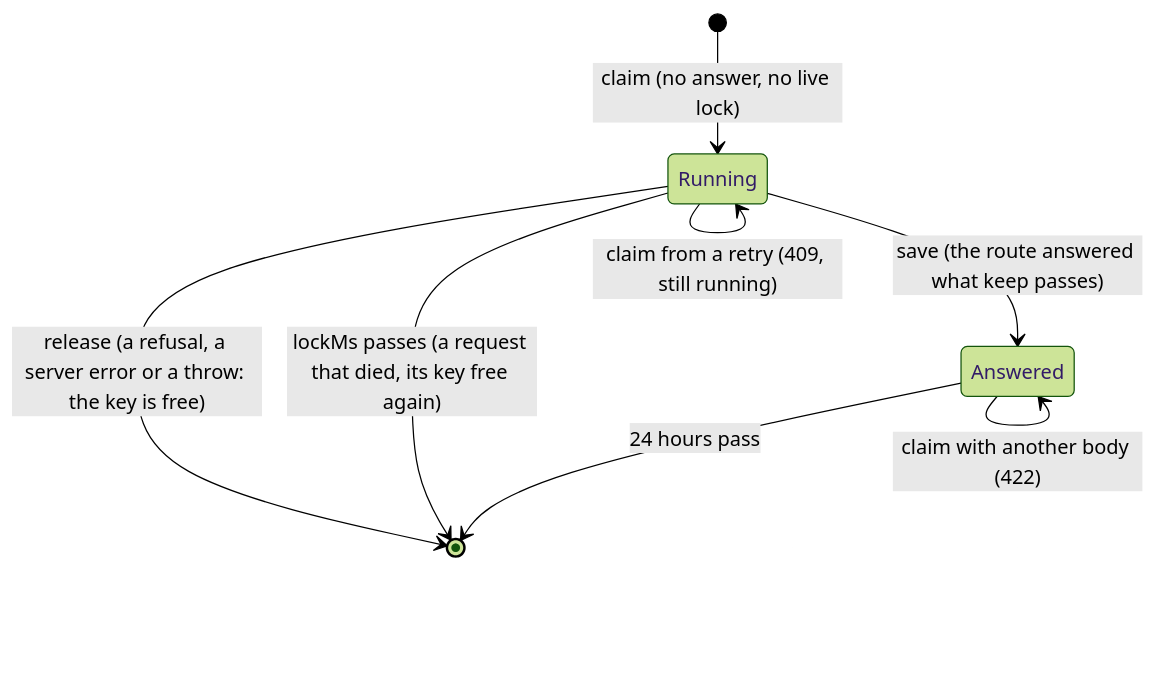
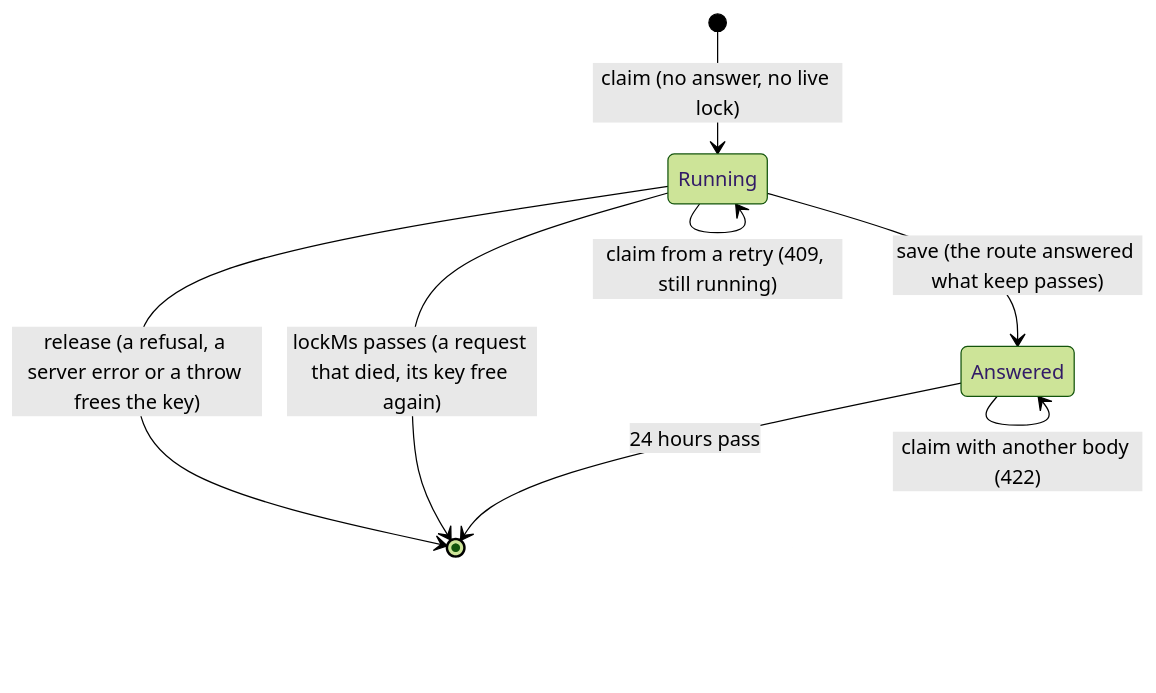
Before and after one commit to escalay/api-kit: the second of 2 diagrams in src/core/README.md, drawn with Mermaid (forest theme). The commit also changed 1 other file, not shown here.

Commit message:
docs(core): a state diagram label Mermaid can parse
A second colon in a state transition's label is a parse error: the
idempotency diagram's release edge had one. The README test now refuses
it in every state diagram.

````diff
--- a/src/core/README.md
+++ b/src/core/README.md
@@ -207,11 +207,11 @@
 ```mermaid
 stateDiagram-v2
   [*] --> Running: claim (no answer, no live lock)
   Running --> Answered: save (the route answered what keep passes)
-  Running --> [*]: release (a refusal, a server error or a throw: the key is free)
+  Running --> [*]: release (a refusal, a server error or a throw frees the key)
   Running --> Running: claim from a retry (409, still running)
   Running --> [*]: lockMs passes (a request that died, its key free again)
   Answered --> Answered: claim with the same body (the stored answer, Idempotent-Replayed)
   Answered --> Answered: claim with another body (422)
   Answered --> [*]: 24 hours pass
 ```
````
